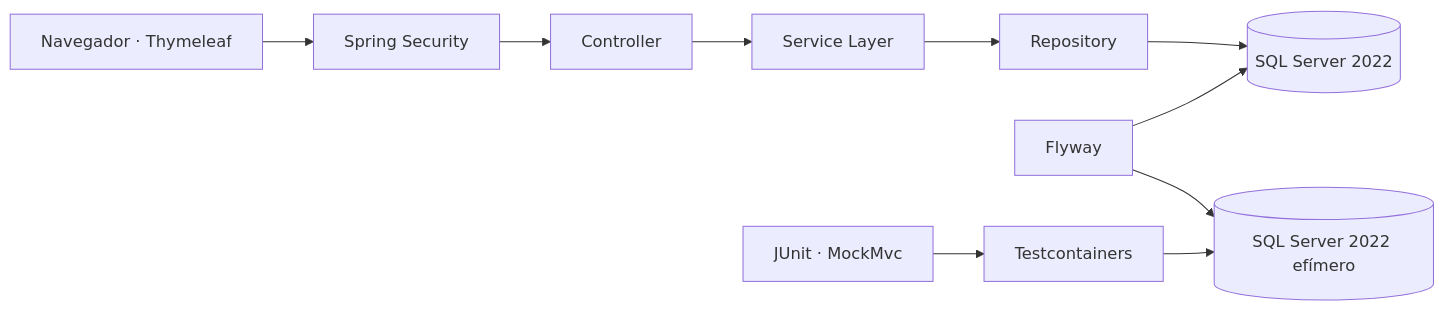
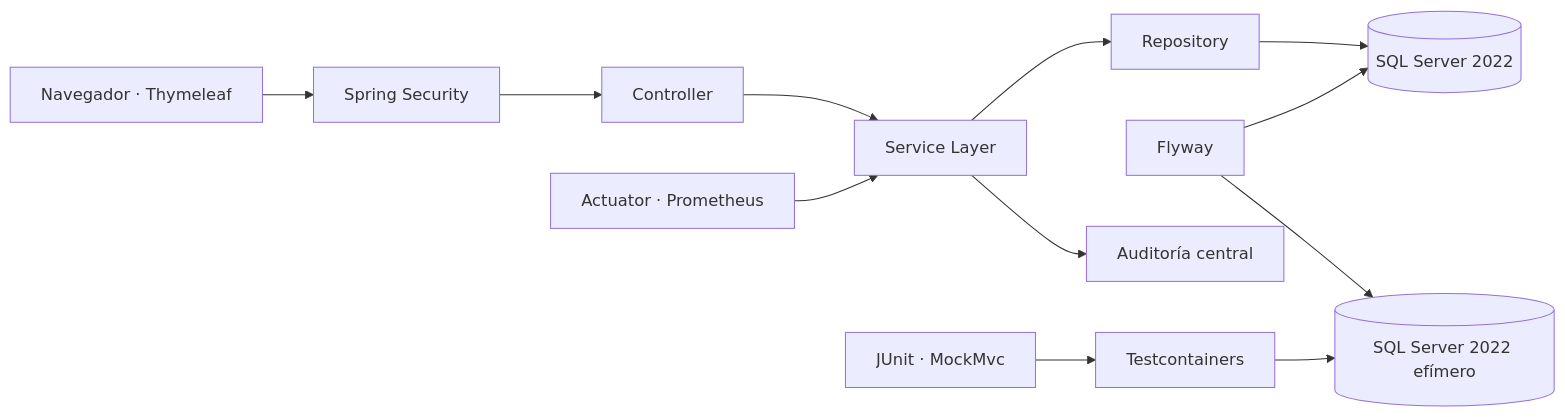
One commit to Jairo0811/Eventix changed the diagram in README.md. Above: the diagram before and after it, drawn with Mermaid. The commit also changed other lines of this file and 12 other files, not shown here.

````diff
--- a/README.md
+++ b/README.md
@@ -229,12 +243,14 @@
 ```mermaid
 flowchart LR
     Browser["Navegador · Thymeleaf"] --> Security["Spring Security"]
     Security --> Controller["Controller"]
     Controller --> Service["Service Layer"]
     Service --> Repository["Repository"]
     Repository --> Database[(SQL Server 2022)]
     Flyway["Flyway"] --> Database
     Tests["JUnit · MockMvc"] --> Container["Testcontainers"]
     Container --> TestDatabase[(SQL Server 2022 efímero)]
     Flyway --> TestDatabase
+    Metrics["Actuator · Prometheus"] --> Service
+    Service --> Audit["Auditoría central"]
 ```
````
